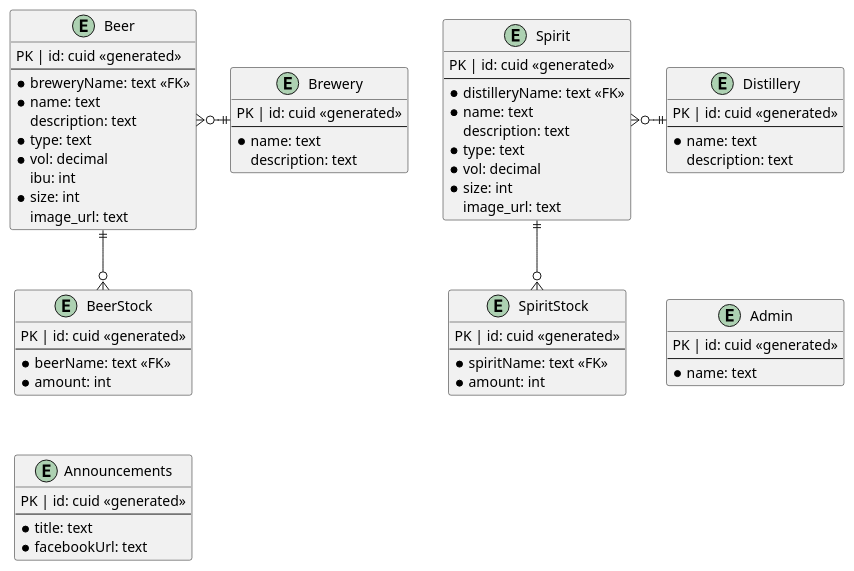
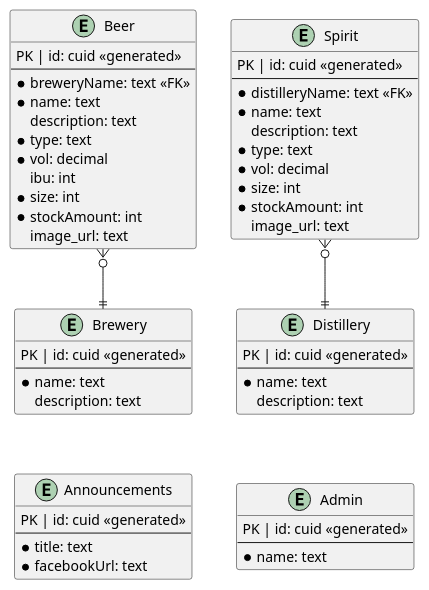
Before and after one commit to GutterneTheBois/smagen-af-oel: the diagram in Documentation/Diagrams/ER_diagram.puml, drawn with PlantUML.

Commit message:
Updated ER-diagram to new DB layout

```diff
--- a/Documentation/Diagrams/ER_diagram.puml
+++ b/Documentation/Diagrams/ER_diagram.puml
@@ -1,78 +1,63 @@
 @startuml er_diagram
 
 entity Brewery {
     PK | id: cuid <<generated>>
     --
     * name: text
     description: text
 }
 
 entity Beer {
     PK | id: cuid <<generated>>
     --
     * breweryName: text <<FK>>
     * name: text
     description: text
     * type: text
     * vol: decimal
     ibu: int
     * size: int
+    * stockAmount: int
     image_url: text
 }
 
 entity Distillery {
     PK | id: cuid <<generated>>
     --
     * name: text
     description: text
 }
 
 entity Spirit {
     PK | id: cuid <<generated>>
     --
     * distilleryName: text <<FK>>
     * name: text
     description: text
     * type: text
     * vol: decimal
     * size: int
+    * stockAmount: int
     image_url: text
-}
-
-entity BeerStock {
-    PK | id: cuid <<generated>>
-    --
-    * beerName: text <<FK>>
-    * amount: int
-}
-
-entity SpiritStock {
-    PK | id: cuid <<generated>>
-    --
-    * spiritName: text <<FK>>
-    * amount: int
 }
 
 entity Announcements {
     PK | id: cuid <<generated>>
     --
     * title: text
     * facebookUrl: text
 }
 
 entity Admin {
     PK | id: cuid <<generated>>
     --
     * name: text
 }
 
-Beer }o-|| Brewery
-Spirit }o-|| Distillery
+Beer }o--|| Brewery
+Spirit }o--|| Distillery
 
-Beer ||--o{ BeerStock
-Spirit ||--o{ SpiritStock
-
-BeerStock -[hidden]down-> Announcements
+Brewery -[hidden]down-> Announcements
 Distillery -[hidden]down-> Admin
 
 @enduml
```
